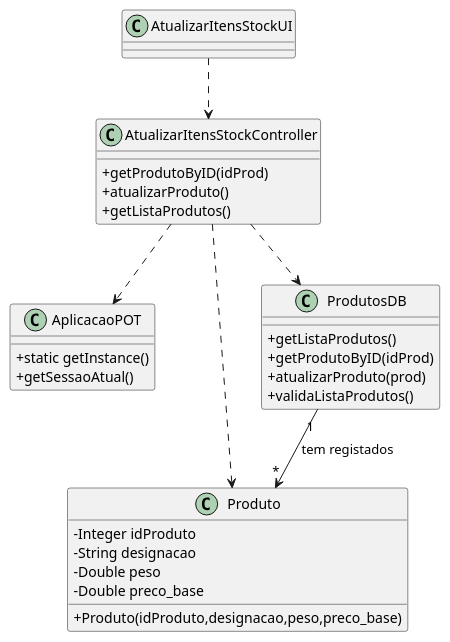
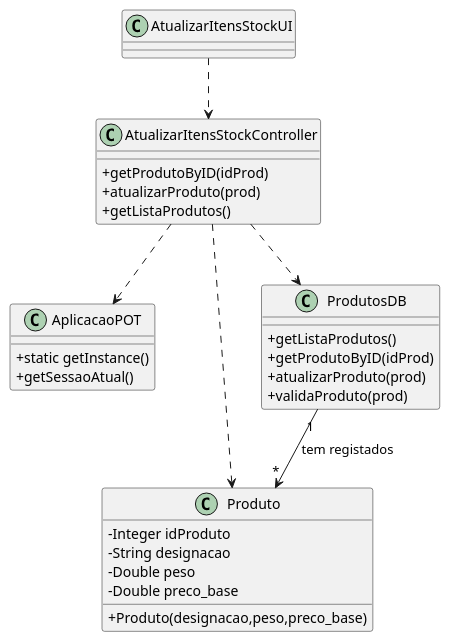
One commit to pedrolemos4/LAPR3 changed the diagram in docs/UC86/UC86_AtualizarItemStockCD.puml. Above: the diagram before and after it, drawn with PlantUML. The commit also changed 4 other files, not shown here.

```diff
--- a/docs/UC86/UC86_AtualizarItemStockCD.puml
+++ b/docs/UC86/UC86_AtualizarItemStockCD.puml
@@ -1,41 +1,41 @@
 @startuml
 skinparam classAttributeIconSize 0
 
 class AplicacaoPOT
 {
   +static getInstance()
   +getSessaoAtual()
 }
 
 class Produto {
   -Integer idProduto
   -String designacao
   -Double peso
   -Double preco_base
-  +Produto(idProduto,designacao,peso,preco_base)
+  +Produto(designacao,peso,preco_base)
 }
 
 class ProdutosDB {
   +getListaProdutos()
   +getProdutoByID(idProd)
   +atualizarProduto(prod)
-  +validaListaProdutos()
+  +validaProduto(prod)
 }
 
 class AtualizarItensStockController {
     +getProdutoByID(idProd)
-    +atualizarProduto()
+    +atualizarProduto(prod)
     +getListaProdutos()
 }
 
 class AtualizarItensStockUI {
 }
 
 AtualizarItensStockUI ..> AtualizarItensStockController
 AtualizarItensStockController ..> ProdutosDB
 AtualizarItensStockController ..> Produto
 AtualizarItensStockController ..> AplicacaoPOT
 
 ProdutosDB "1" --> "*" Produto : tem registados
 
 @enduml
```
